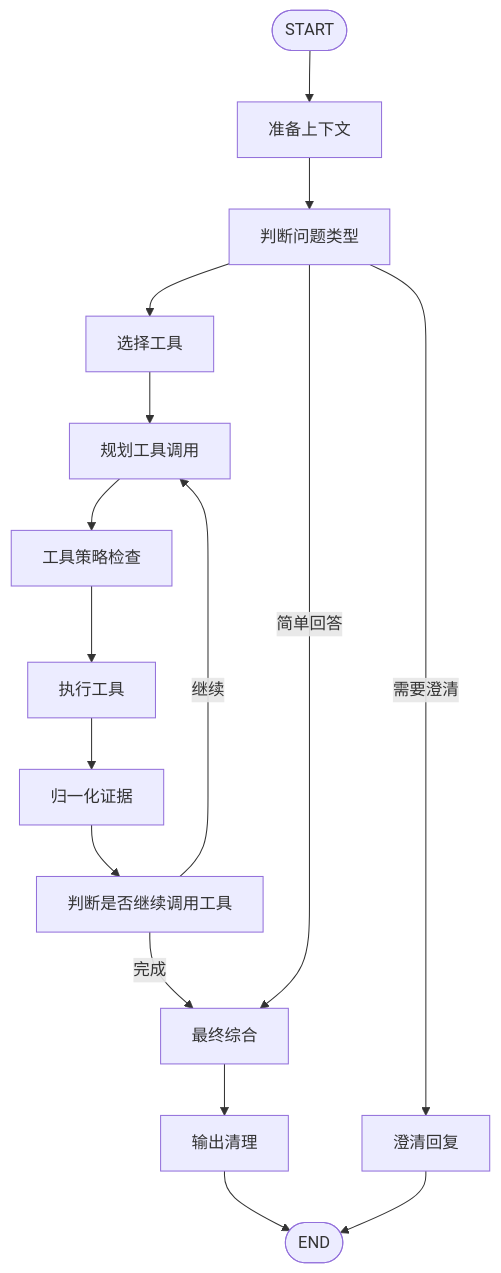
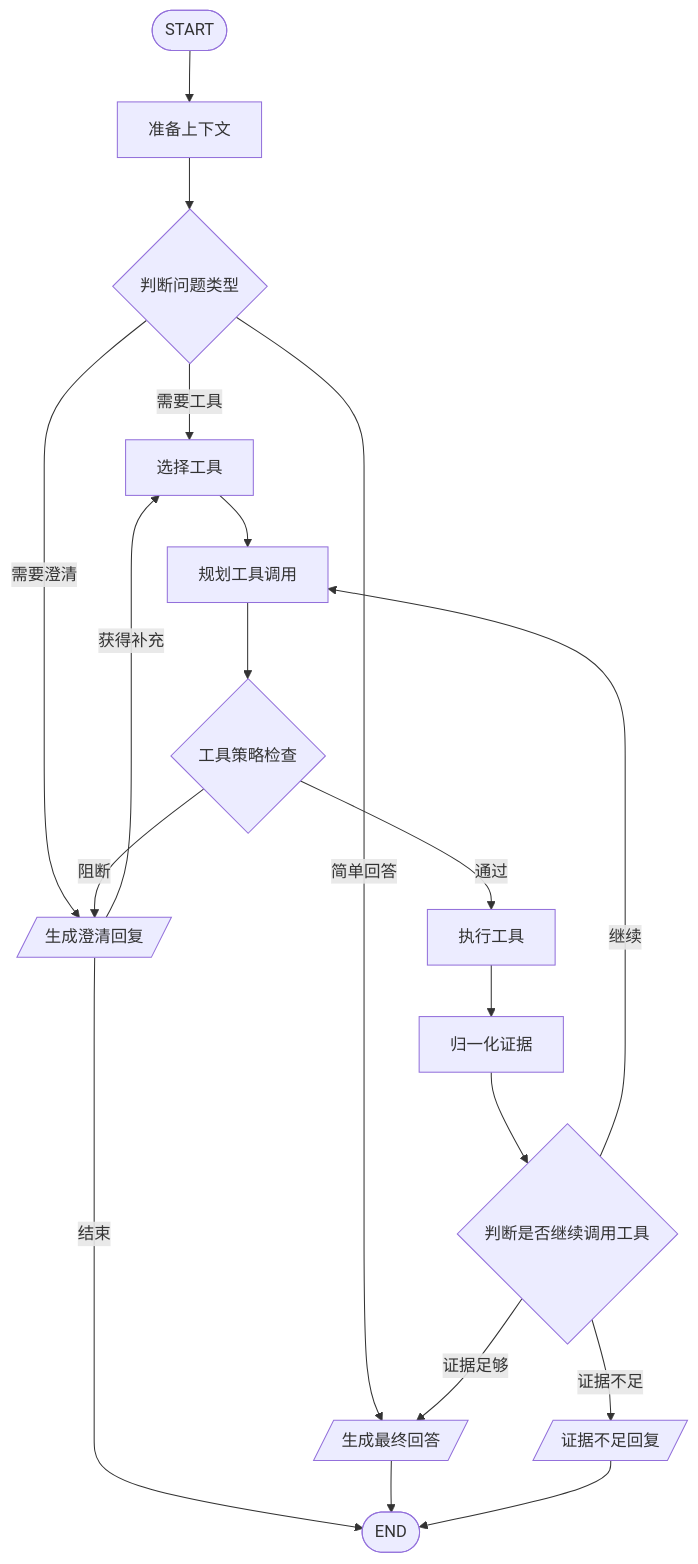
Before and after one commit to Trainingdlu/TechNews_Intelligence: the second of 2 diagrams in docs/ARCHITECTURE.md, drawn with Mermaid. The commit also changed other lines of this file and 3 other files, not shown here.

````diff
--- a/docs/ARCHITECTURE.md
+++ b/docs/ARCHITECTURE.md
@@ -91,18 +91,23 @@
 ```mermaid
 flowchart TD
     start([START]) --> prepare["准备上下文"]
-    prepare --> intent["判断问题类型"]
-    intent --> selection["选择工具"]
+    prepare --> intent{"判断问题类型"}
+    intent -->|需要工具| selection["选择工具"]
+    intent -->|需要澄清| clarify[/"生成澄清回复"/]
+    intent -->|简单回答| final[/"生成最终回答"/]
+
     selection --> worker["规划工具调用"]
-    worker --> policy["工具策略检查"]
-    policy --> executor["执行工具"]
+    worker --> policy{"工具策略检查"}
+    policy -->|通过| executor["执行工具"]
+    policy -->|阻断| clarify
     executor --> normalizer["归一化证据"]
-    normalizer --> decider["判断是否继续调用工具"]
+    normalizer --> decider{"判断是否继续调用工具"}
     decider -->|继续| worker
-    decider -->|完成| final["最终综合"]
-    intent -->|需要澄清| clarify["澄清回复"]
-    intent -->|简单回答| final
-    final --> guard["输出清理"]
-    guard --> finish([END])
-    clarify --> finish
+    decider -->|证据足够| final
+    decider -->|证据不足| insufficient[/"证据不足回复"/]
+
+    clarify -->|获得补充| selection
+    clarify -->|结束| finish([END])
+    final --> finish
+    insufficient --> finish
 ```
````
